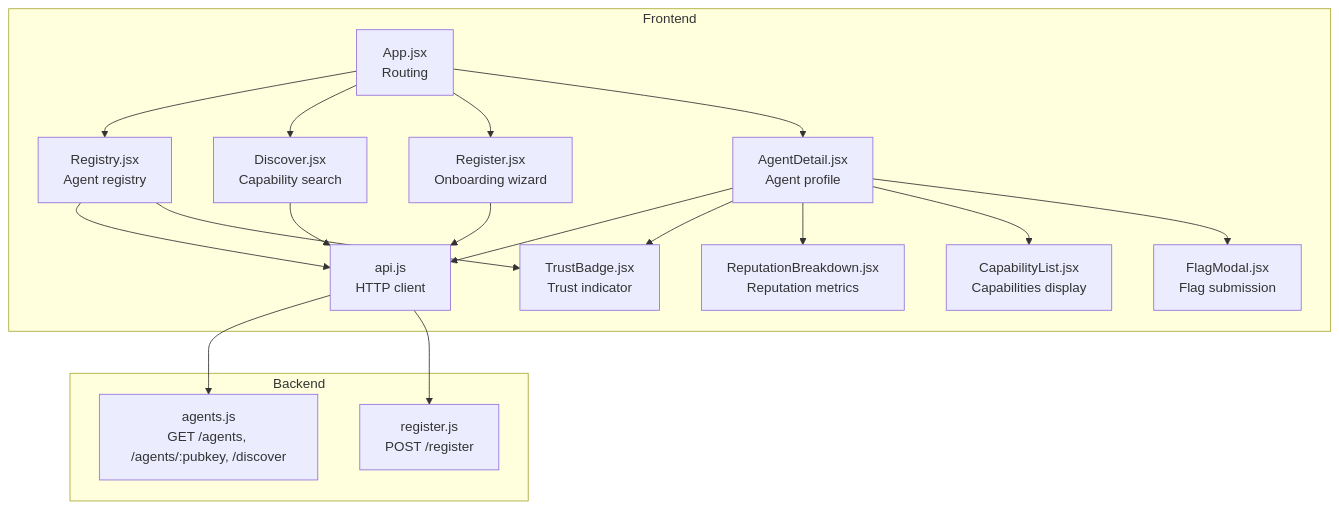
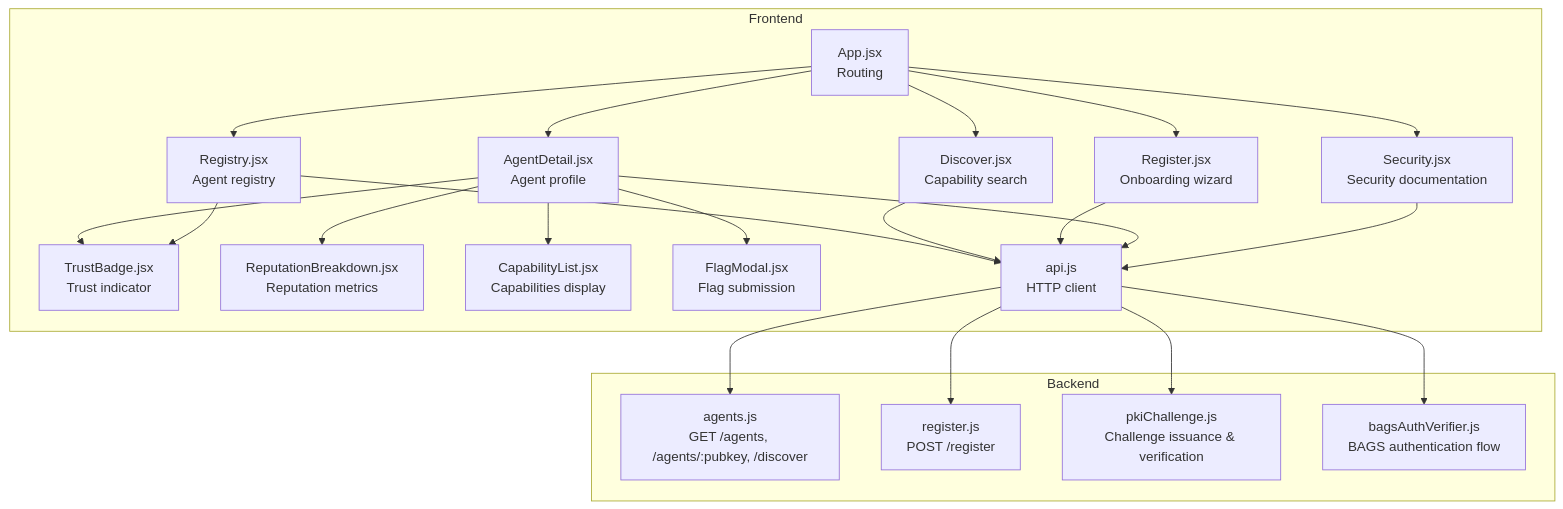
One commit to RunTimeAdmin/AgentID changed the first of 8 diagrams in .qoder/repowiki/en/content/Frontend Application/Page Components/Page Components.md. Above: the diagram before and after it, drawn with Mermaid. The commit also changed other lines of this file and 6 other files, not shown here.

````diff
--- a/.qoder/repowiki/en/content/Frontend Application/Page Components/Page Components.md
+++ b/.qoder/repowiki/en/content/Frontend Application/Page Components/Page Components.md
@@ -42,34 +54,41 @@
 ```mermaid
 graph TB
 subgraph "Frontend"
 App["App.jsx<br/>Routing"]
 Registry["Registry.jsx<br/>Agent registry"]
 Discover["Discover.jsx<br/>Capability search"]
 Register["Register.jsx<br/>Onboarding wizard"]
 AgentDetail["AgentDetail.jsx<br/>Agent profile"]
+Security["Security.jsx<br/>Security documentation"]
 TrustBadge["TrustBadge.jsx<br/>Trust indicator"]
 RepBreakdown["ReputationBreakdown.jsx<br/>Reputation metrics"]
 CapList["CapabilityList.jsx<br/>Capabilities display"]
 FlagModal["FlagModal.jsx<br/>Flag submission"]
 API["api.js<br/>HTTP client"]
 end
 subgraph "Backend"
 AgentsRoute["agents.js<br/>GET /agents, /agents/:pubkey, /discover"]
 RegisterRoute["register.js<br/>POST /register"]
+PKIService["pkiChallenge.js<br/>Challenge issuance & verification"]
+BagsService["bagsAuthVerifier.js<br/>BAGS authentication flow"]
 end
 App --> Registry
 App --> Discover
 App --> Register
 App --> AgentDetail
+App --> Security
 Registry --> API
 Discover --> API
 Register --> API
 AgentDetail --> API
+Security --> API
 API --> AgentsRoute
 API --> RegisterRoute
+API --> PKIService
+API --> BagsService
 AgentDetail --> TrustBadge
 AgentDetail --> RepBreakdown
 AgentDetail --> CapList
 AgentDetail --> FlagModal
 Registry --> TrustBadge
 ```
````
